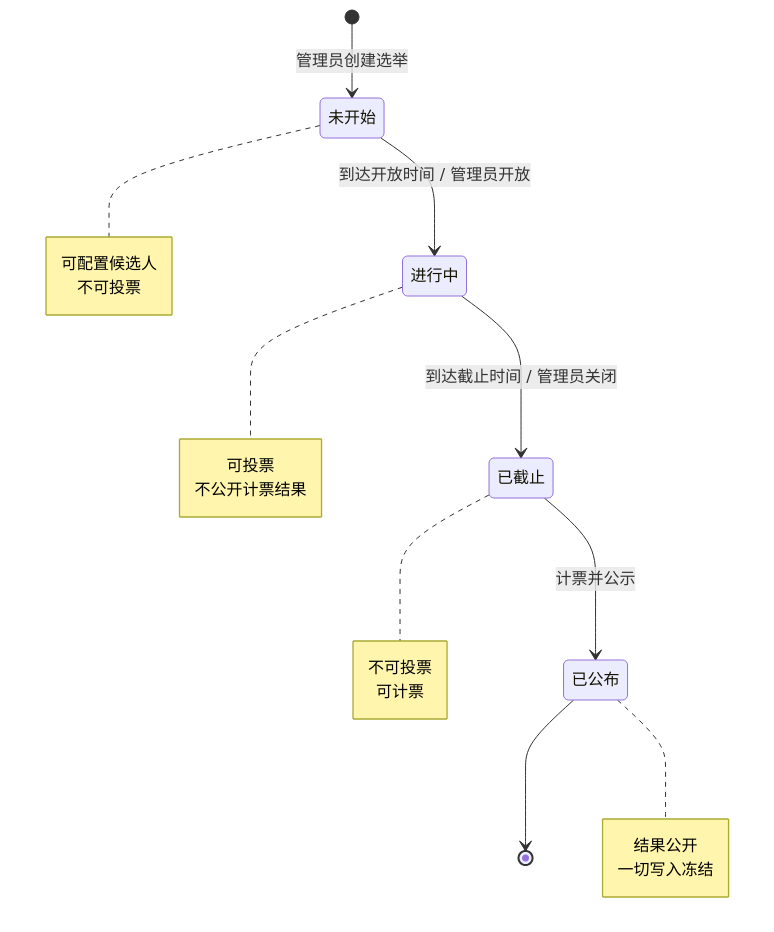
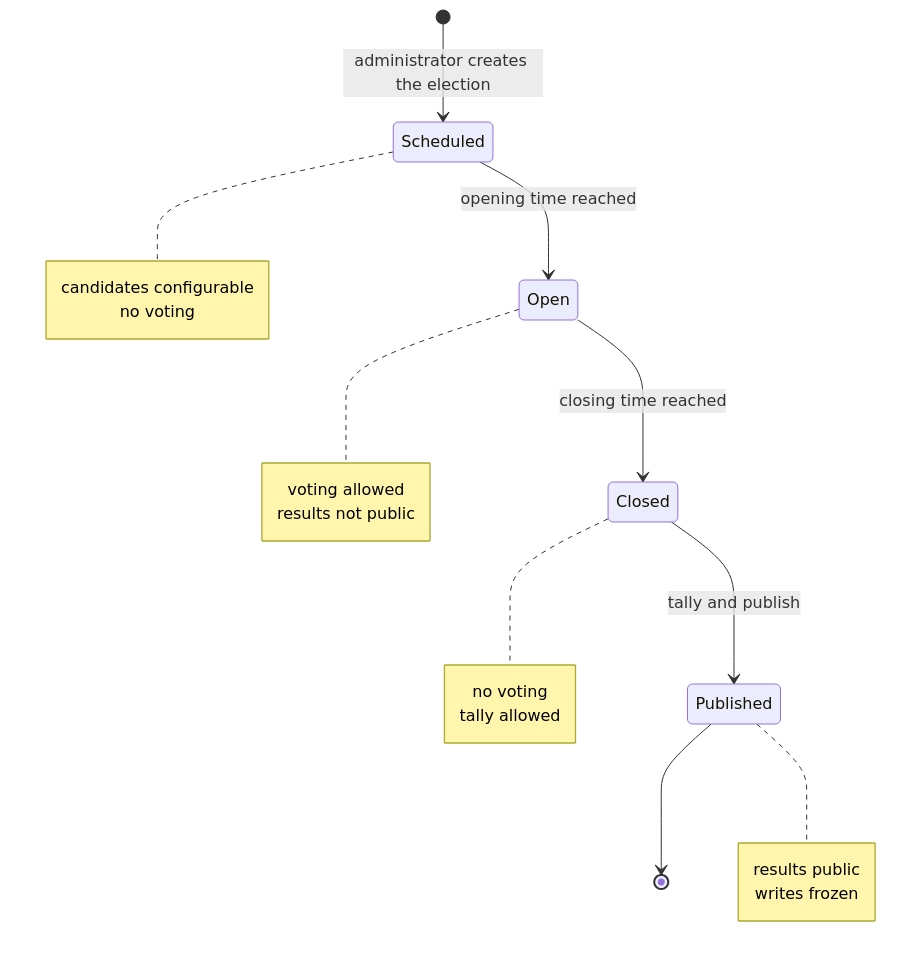
The third of 6 diagrams in docs/01-project-plan.md (David-echo/COMP3500_group_project), drawn with Mermaid before and after one commit. The commit also changed other lines of this file and 82 other files, not shown here.

First line of the commit message:
docs: translate the repository to English and re-render all diagrams

````diff
--- a/docs/01-project-plan.md
+++ b/docs/01-project-plan.md
@@ -88,25 +86,25 @@
 ```mermaid
 stateDiagram-v2
-    [*] --> 未开始: 管理员创建选举
-    未开始 --> 进行中: 到达开放时间 / 管理员开放
-    进行中 --> 已截止: 到达截止时间 / 管理员关闭
-    已截止 --> 已公布: 计票并公示
-    已公布 --> [*]
+    [*] --> Scheduled: administrator creates the election
+    Scheduled --> Open: opening time reached
+    Open --> Closed: closing time reached
+    Closed --> Published: tally and publish
+    Published --> [*]
 
-    note right of 未开始
-        可配置候选人
-        不可投票
+    note right of Scheduled
+        candidates configurable
+        no voting
     end note
-    note right of 进行中
-        可投票
-        不公开计票结果
+    note right of Open
+        voting allowed
+        results not public
     end note
-    note right of 已截止
-        不可投票
-        可计票
+    note right of Closed
+        no voting
+        tally allowed
     end note
-    note right of 已公布
-        结果公开
-        一切写入冻结
+    note right of Published
+        results public
+        writes frozen
     end note
 ```
````
